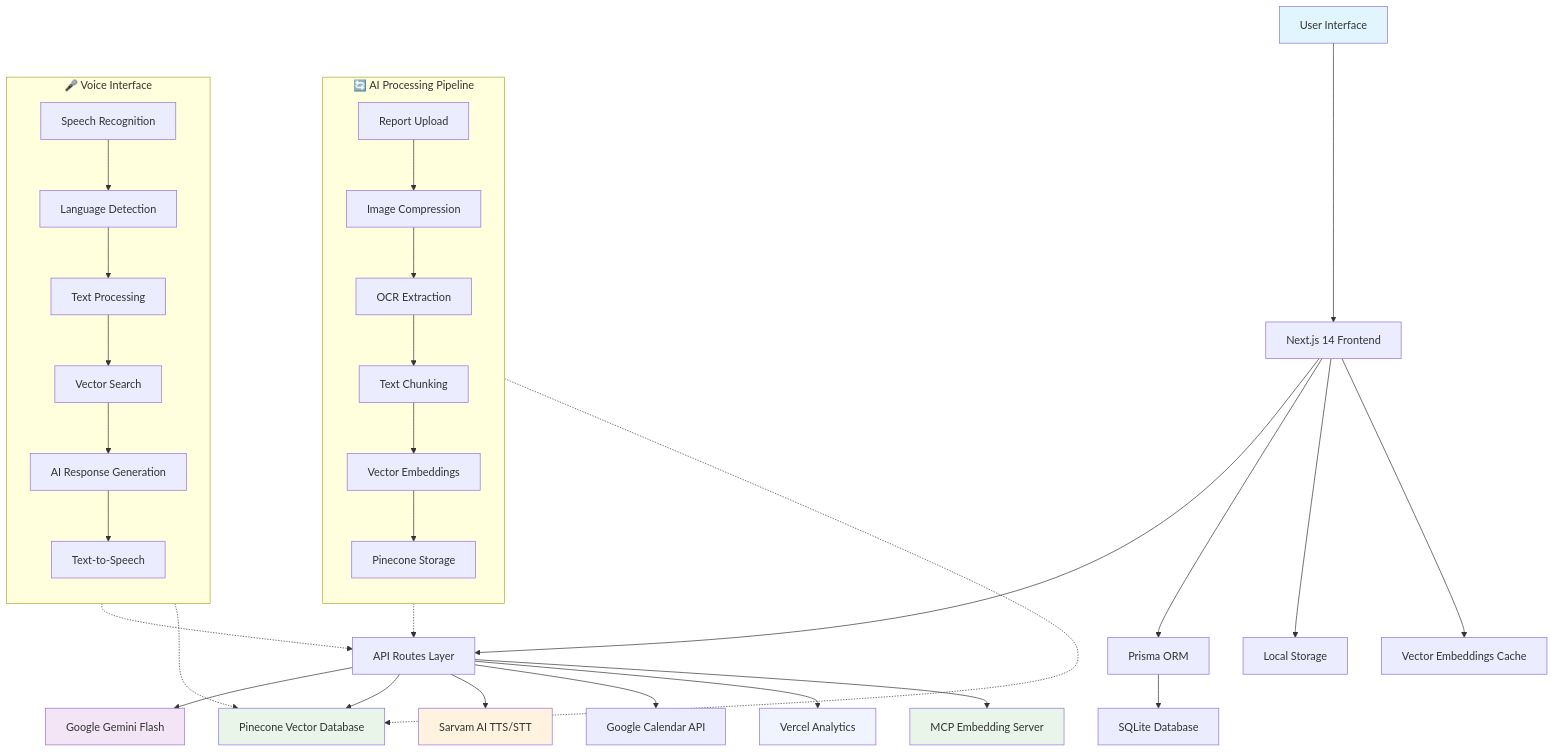
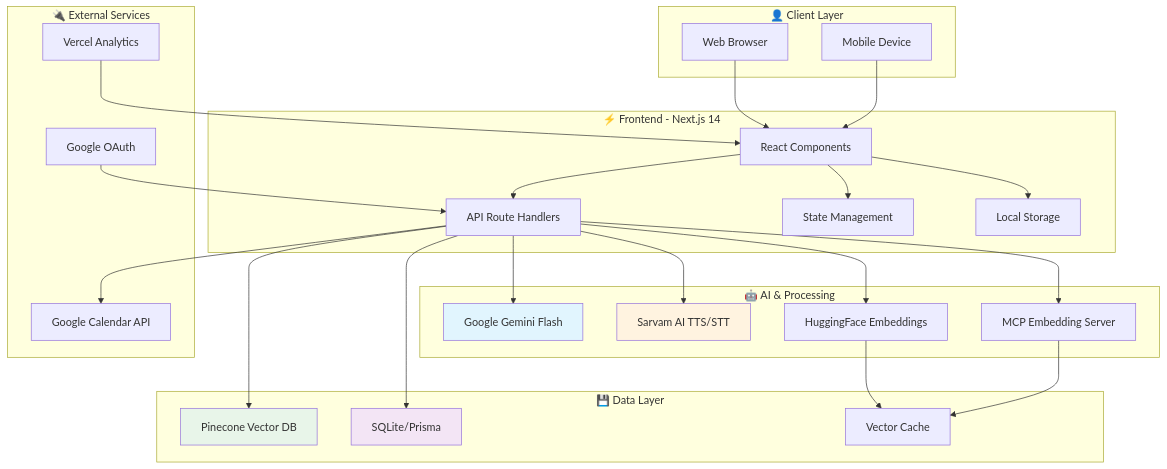
Before and after one commit to sreeshanth-soma/Alephra: the first of 2 diagrams in README.md, drawn with Mermaid. The commit also changed other lines of this file and 23 other files, not shown here.

Commit message:
Rename project from MedScan to Alephra, updating all references throughout the codebase, including documentation, UI elements, and local storage keys. Enhance branding and improve user experience with updated descriptions and titles.

````diff
--- a/README.md
+++ b/README.md
@@ -138,48 +340,55 @@
 ```mermaid
 graph TB
-    A[User Interface] --> B[Next.js 14 Frontend]
-    B --> C[API Routes Layer]
-    
-    C --> D[Google Gemini Flash]
-    C --> E[Pinecone Vector Database]
-    C --> F[Sarvam AI TTS/STT]
-    C --> G[Google Calendar API]
-    C --> H[Vercel Analytics]
-    C --> I[MCP Embedding Server]
-    
-    B --> J[Prisma ORM]
-    J --> K[SQLite Database]
-    B --> L[Local Storage]
-    B --> M[Vector Embeddings Cache]
-    
-    subgraph "🔄 AI Processing Pipeline"
-        direction TB
-        N[Report Upload] --> O[Image Compression]
-        O --> P[OCR Extraction]
-        P --> Q[Text Chunking]
-        Q --> R[Vector Embeddings]
-        R --> S[Pinecone Storage]
+    subgraph "👤 Client Layer"
+        A[Web Browser]
+        B[Mobile Device]
     end
     
-    subgraph "🎤 Voice Interface"
-        direction TB
-        T[Speech Recognition] --> U[Language Detection]
-        U --> V[Text Processing]
-        V --> W[Vector Search]
-        W --> X[AI Response Generation]
-        X --> Y[Text-to-Speech]
+    subgraph "⚡ Frontend - Next.js 14"
+        C[React Components]
+        D[API Route Handlers]
+        E[State Management]
+        F[Local Storage]
     end
     
-    %% Connect subgraphs to main flow
-    N -.-> C
-    T -.-> C
-    W -.-> E
-    R -.-> E
+    subgraph "🤖 AI & Processing"
+        G[Google Gemini Flash]
+        H[Sarvam AI TTS/STT]
+        I[HuggingFace Embeddings]
+        J[MCP Embedding Server]
+    end
     
-    style A fill:#e1f5fe
-    style D fill:#f3e5f5
-    style E fill:#e8f5e8
-    style F fill:#fff3e0
-    style H fill:#f0f4ff
-    style I fill:#e8f5e8
+    subgraph "💾 Data Layer"
+        K[Pinecone Vector DB]
+        L[SQLite/Prisma]
+        M[Vector Cache]
+    end
+    
+    subgraph "🔌 External Services"
+        N[Google Calendar API]
+        O[Google OAuth]
+        P[Vercel Analytics]
+    end
+    
+    A --> C
+    B --> C
+    C --> D
+    D --> G
+    D --> H
+    D --> I
+    D --> J
+    D --> K
+    D --> L
+    D --> N
+    C --> E
+    C --> F
+    I --> M
+    J --> M
+    O --> D
+    P --> C
+    
+    style G fill:#e1f5fe
+    style K fill:#e8f5e9
+    style H fill:#fff3e0
+    style L fill:#f3e5f5
 ```
````
